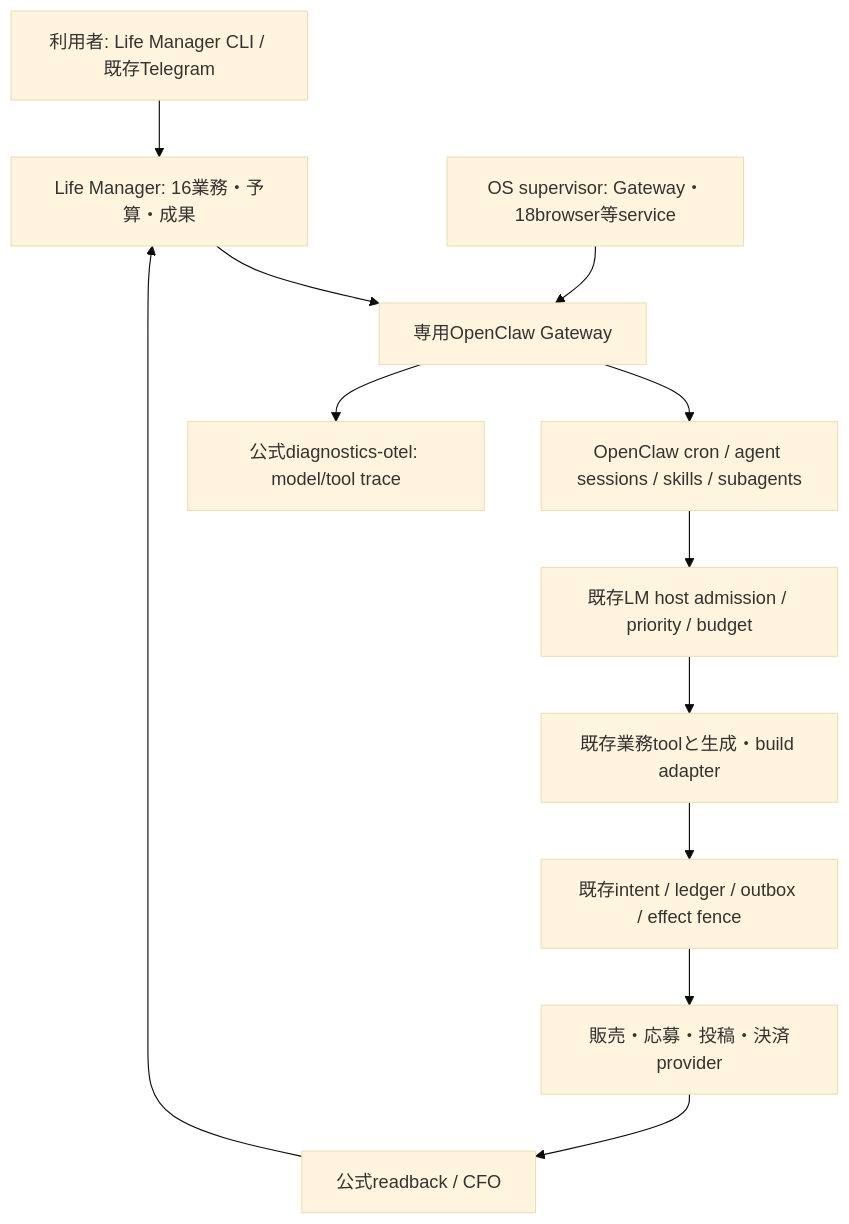
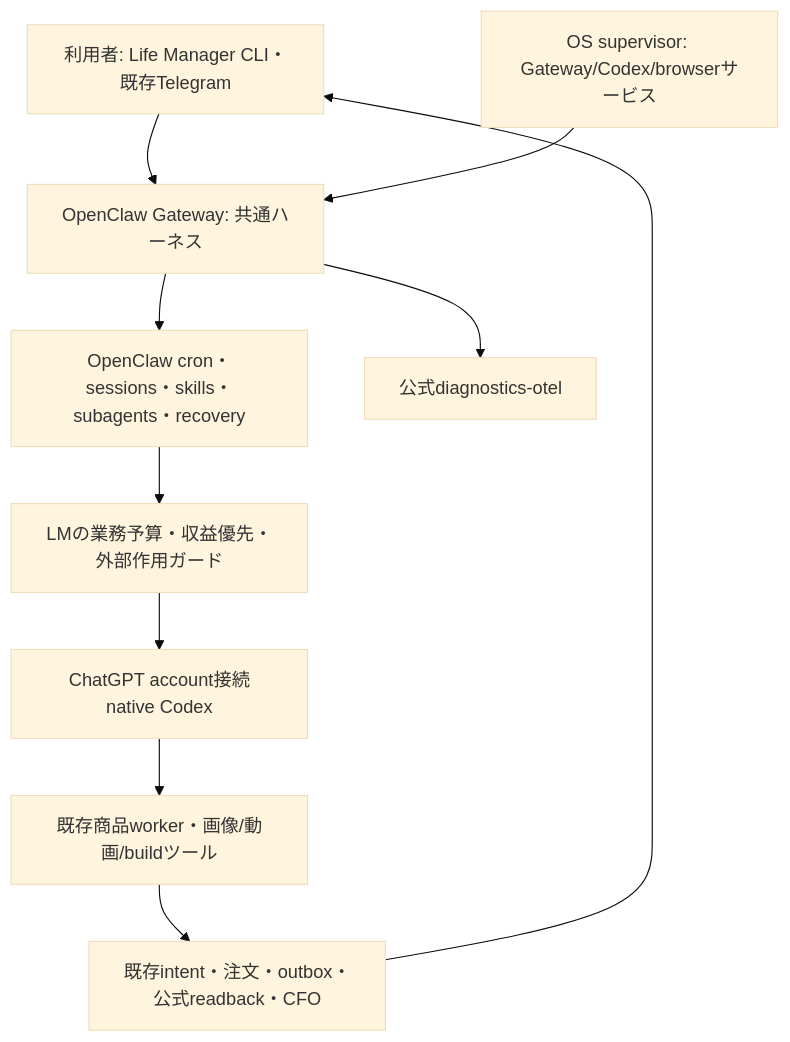
Before and after one commit to Daisuke134/life-manager: the diagram in docs/superpowers/specs/2026-10-07-main-agents-readiness.md, drawn with Mermaid (base theme). The commit also changed other lines of this file and 5 other files, not shown here.

Commit message:
docs: fix OpenClaw as final harness and replace decision tasks with execution

````diff
--- a/docs/superpowers/specs/2026-10-07-main-agents-readiness.md
+++ b/docs/superpowers/specs/2026-10-07-main-agents-readiness.md
@@ -19,14 +13,12 @@
 ```mermaid
 flowchart TD
-  U[利用者: Life Manager CLI / 既存Telegram] --> M[Life Manager: 16業務・予算・成果]
-  M --> O[専用OpenClaw Gateway]
-  O --> S[OpenClaw cron / agent sessions / skills / subagents]
-  S --> A[既存LM host admission / priority / budget]
-  A --> T[既存業務toolと生成・build adapter]
-  T --> F[既存intent / ledger / outbox / effect fence]
-  F --> P[販売・応募・投稿・決済provider]
-  P --> R[公式readback / CFO]
-  R --> M
-  O --> V[公式diagnostics-otel: model/tool trace]
-  B[OS supervisor: Gateway・18browser等service] --> O
+  U[利用者: Life Manager CLI・既存Telegram] --> G[OpenClaw Gateway: 共通ハーネス]
+  G --> S[OpenClaw cron・sessions・skills・subagents・recovery]
+  S --> A[LMの業務予算・収益優先・外部作用ガード]
+  A --> C[ChatGPT account接続native Codex]
+  C --> T[既存商品worker・画像/動画/buildツール]
+  T --> F[既存intent・注文・outbox・公式readback・CFO]
+  F --> U
+  G --> O[公式diagnostics-otel]
+  N[OS supervisor: Gateway/Codex/browserサービス] --> G
 ```
````
